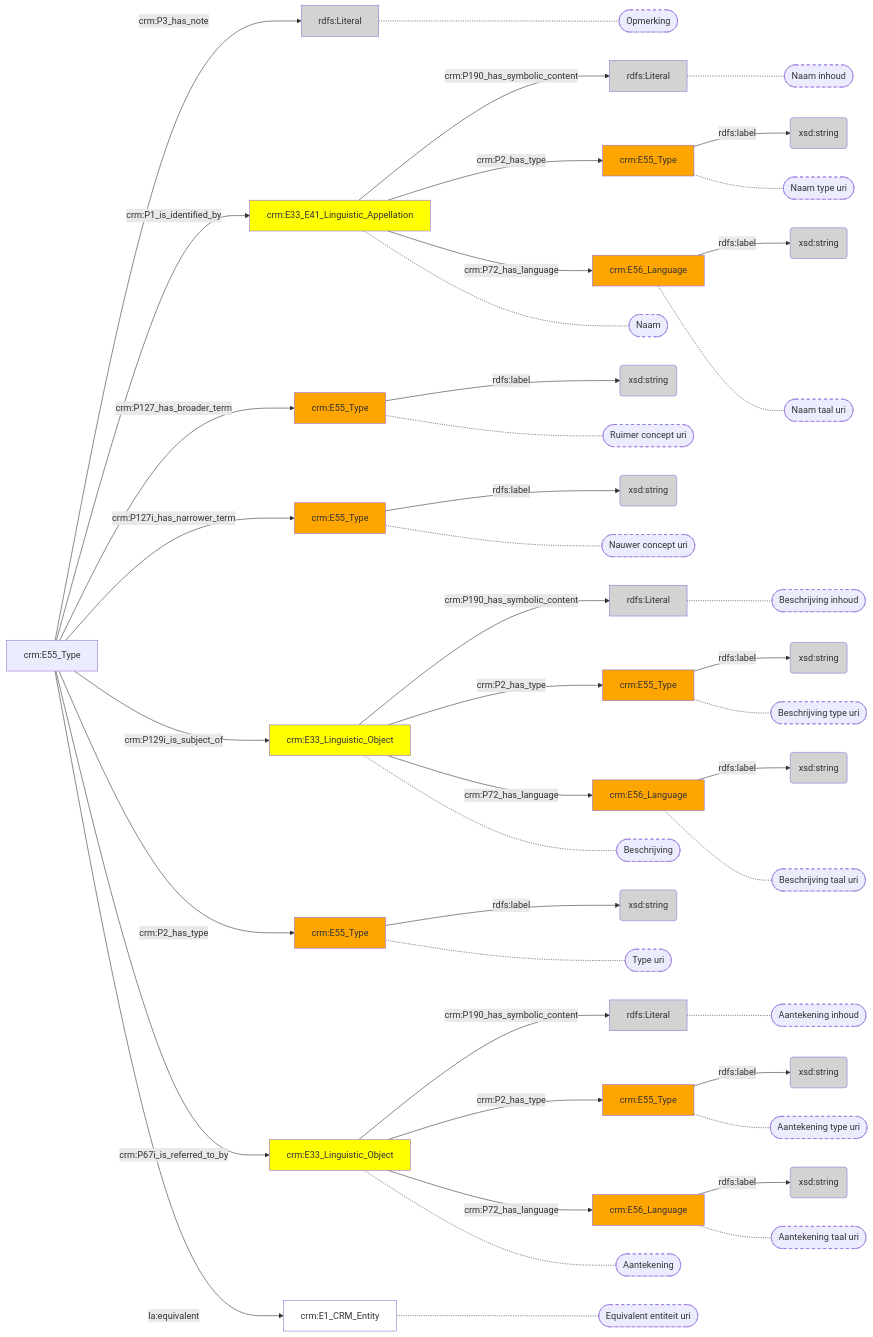
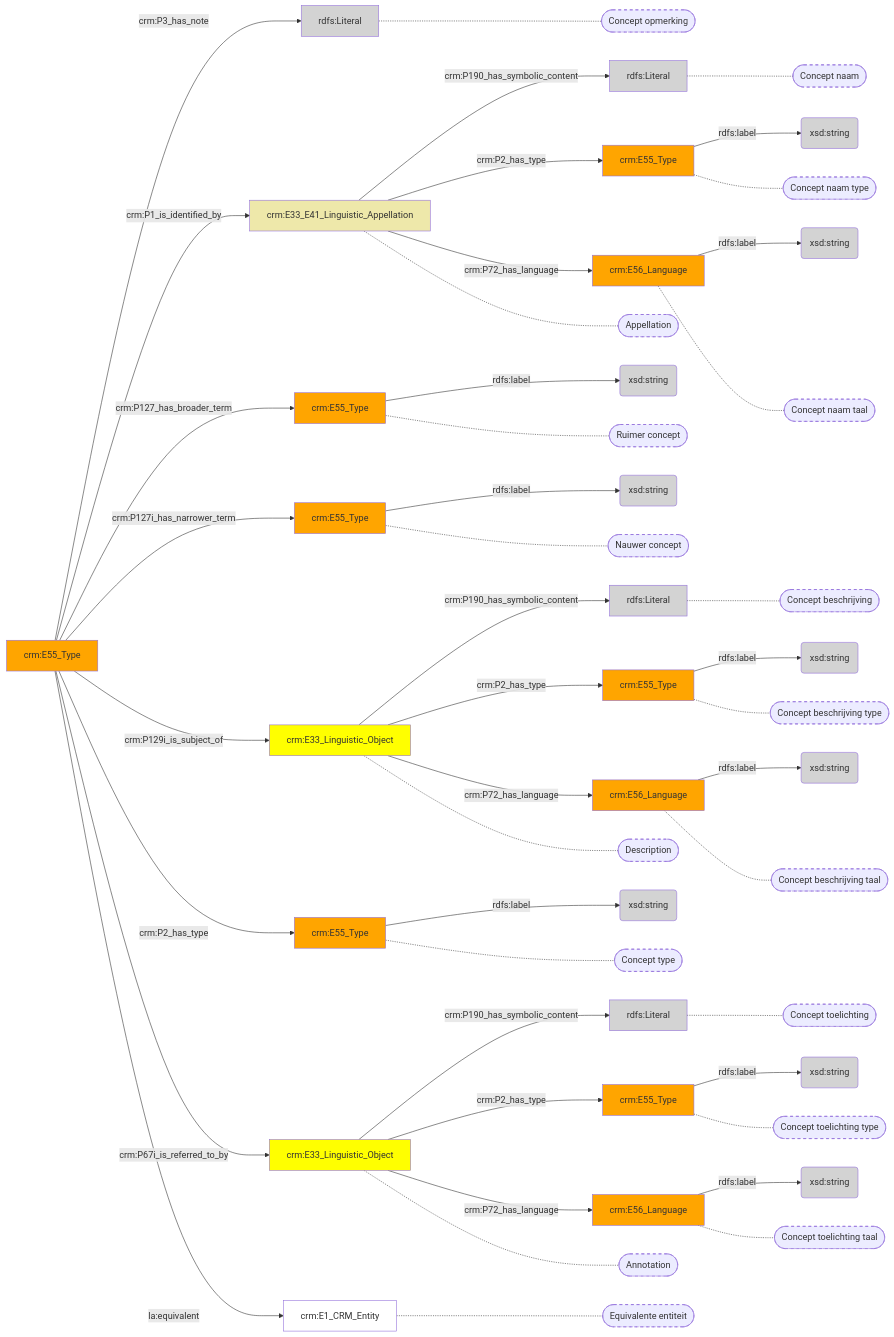
The diagram in docs/content/modellen/Concept.md (digipolisantwerpdocumentation/antwerp-cultureel-erfgoed), drawn with Mermaid before and after one commit. The commit also changed 173 other files, not shown here.

```diff
--- a/docs/content/modellen/Concept.md
+++ b/docs/content/modellen/Concept.md
@@ -43,23 +43,23 @@
 style 856afd7a-c7e5-11ed-af84-00163e71351b_s stroke-dasharray: 5
 style 856afc12-c7e5-11ed-af84-00163e71351b_s stroke-dasharray: 5
 style 856afa78-c7e5-11ed-af84-00163e71351b_s stroke-dasharray: 5
-184cc21a-ee3b-11ed-9064-00163e71351b["rdfs:Literal"]-.-184cc21a-ee3b-11ed-9064-00163e71351b_s(["Aantekening inhoud"])
-184cbee6-ee3b-11ed-9064-00163e71351b["crm:E55_Type"]-.-184cbee6-ee3b-11ed-9064-00163e71351b_s(["Aantekening type uri"])
-184cc09e-ee3b-11ed-9064-00163e71351b["crm:E56_Language"]-.-184cc09e-ee3b-11ed-9064-00163e71351b_s(["Aantekening taal uri"])
-1dbc9e78-ee3b-11ed-9064-00163e71351b["rdfs:Literal"]-.-1dbc9e78-ee3b-11ed-9064-00163e71351b_s(["Beschrijving inhoud"])
-1dbca198-ee3b-11ed-9064-00163e71351b["crm:E55_Type"]-.-1dbca198-ee3b-11ed-9064-00163e71351b_s(["Beschrijving type uri"])
-1dbca44a-ee3b-11ed-9064-00163e71351b["crm:E56_Language"]-.-1dbca44a-ee3b-11ed-9064-00163e71351b_s(["Beschrijving taal uri"])
-856af5be-c7e5-11ed-af84-00163e71351b["crm:E33_E41_Linguistic_Appellation"]-.-856af5be-c7e5-11ed-af84-00163e71351b_s(["Naam"])
-7440d92c-ce3c-11ed-9232-00163e71351b["crm:E55_Type"]-.-7440d92c-ce3c-11ed-9232-00163e71351b_s(["Ruimer concept uri"])
-94da4416-ce3c-11ed-a1e6-00163e71351b["crm:E55_Type"]-.-94da4416-ce3c-11ed-a1e6-00163e71351b_s(["Nauwer concept uri"])
-1dbc99aa-ee3b-11ed-9064-00163e71351b["crm:E33_Linguistic_Object"]-.-1dbc99aa-ee3b-11ed-9064-00163e71351b_s(["Beschrijving"])
-a25ea6ca-c7e5-11ed-bbe2-00163e71351b["crm:E55_Type"]-.-a25ea6ca-c7e5-11ed-bbe2-00163e71351b_s(["Type uri"])
-0a3486e0-ce3d-11ed-9232-00163e71351b["rdfs:Literal"]-.-0a3486e0-ce3d-11ed-9232-00163e71351b_s(["Opmerking"])
-184cba22-ee3b-11ed-9064-00163e71351b["crm:E33_Linguistic_Object"]-.-184cba22-ee3b-11ed-9064-00163e71351b_s(["Aantekening"])
-bfc145d8-c7e5-11ed-873b-00163e71351b["crm:E1_CRM_Entity"]-.-bfc145d8-c7e5-11ed-873b-00163e71351b_s(["Equivalent entiteit uri"])
-856afd7a-c7e5-11ed-af84-00163e71351b["rdfs:Literal"]-.-856afd7a-c7e5-11ed-af84-00163e71351b_s(["Naam inhoud"])
-856afc12-c7e5-11ed-af84-00163e71351b["crm:E55_Type"]-.-856afc12-c7e5-11ed-af84-00163e71351b_s(["Naam type uri"])
-856afa78-c7e5-11ed-af84-00163e71351b["crm:E56_Language"]-.-856afa78-c7e5-11ed-af84-00163e71351b_s(["Naam taal uri"])
+184cc21a-ee3b-11ed-9064-00163e71351b["rdfs:Literal"]-.-184cc21a-ee3b-11ed-9064-00163e71351b_s(["Concept toelichting"])
+184cbee6-ee3b-11ed-9064-00163e71351b["crm:E55_Type"]-.-184cbee6-ee3b-11ed-9064-00163e71351b_s(["Concept toelichting type"])
+184cc09e-ee3b-11ed-9064-00163e71351b["crm:E56_Language"]-.-184cc09e-ee3b-11ed-9064-00163e71351b_s(["Concept toelichting taal"])
+1dbc9e78-ee3b-11ed-9064-00163e71351b["rdfs:Literal"]-.-1dbc9e78-ee3b-11ed-9064-00163e71351b_s(["Concept beschrijving"])
+1dbca198-ee3b-11ed-9064-00163e71351b["crm:E55_Type"]-.-1dbca198-ee3b-11ed-9064-00163e71351b_s(["Concept beschrijving type"])
+1dbca44a-ee3b-11ed-9064-00163e71351b["crm:E56_Language"]-.-1dbca44a-ee3b-11ed-9064-00163e71351b_s(["Concept beschrijving taal"])
+856af5be-c7e5-11ed-af84-00163e71351b["crm:E33_E41_Linguistic_Appellation"]-.-856af5be-c7e5-11ed-af84-00163e71351b_s(["Appellation"])
+7440d92c-ce3c-11ed-9232-00163e71351b["crm:E55_Type"]-.-7440d92c-ce3c-11ed-9232-00163e71351b_s(["Ruimer concept"])
+94da4416-ce3c-11ed-a1e6-00163e71351b["crm:E55_Type"]-.-94da4416-ce3c-11ed-a1e6-00163e71351b_s(["Nauwer concept"])
+1dbc99aa-ee3b-11ed-9064-00163e71351b["crm:E33_Linguistic_Object"]-.-1dbc99aa-ee3b-11ed-9064-00163e71351b_s(["Description"])
+a25ea6ca-c7e5-11ed-bbe2-00163e71351b["crm:E55_Type"]-.-a25ea6ca-c7e5-11ed-bbe2-00163e71351b_s(["Concept type"])
+0a3486e0-ce3d-11ed-9232-00163e71351b["rdfs:Literal"]-.-0a3486e0-ce3d-11ed-9232-00163e71351b_s(["Concept opmerking"])
+184cba22-ee3b-11ed-9064-00163e71351b["crm:E33_Linguistic_Object"]-.-184cba22-ee3b-11ed-9064-00163e71351b_s(["Annotation"])
+bfc145d8-c7e5-11ed-873b-00163e71351b["crm:E1_CRM_Entity"]-.-bfc145d8-c7e5-11ed-873b-00163e71351b_s(["Equivalente entiteit"])
+856afd7a-c7e5-11ed-af84-00163e71351b["rdfs:Literal"]-.-856afd7a-c7e5-11ed-af84-00163e71351b_s(["Concept naam"])
+856afc12-c7e5-11ed-af84-00163e71351b["crm:E55_Type"]-.-856afc12-c7e5-11ed-af84-00163e71351b_s(["Concept naam type"])
+856afa78-c7e5-11ed-af84-00163e71351b["crm:E56_Language"]-.-856afa78-c7e5-11ed-af84-00163e71351b_s(["Concept naam taal"])
 style 0a3486e0-ce3d-11ed-9232-00163e71351b fill:#D3D3D3
 style 184cba22-ee3b-11ed-9064-00163e71351b fill:#ffff00
 style 184cbee6-ee3b-11ed-9064-00163e71351b fill:#ffa500
@@ -73,8 +73,9 @@
 style 1dbca198-ee3b-11ed-9064-00163e71351b fill:#ffa500
 style 1dbca2f6-ee3b-11ed-9064-00163e71351b fill:#D3D3D3
 style 1dbca44a-ee3b-11ed-9064-00163e71351b fill:#ffa500
+style 5c49f282-be8c-11ed-beba-96a6d245525a fill:#ffa500
 style 7440d92c-ce3c-11ed-9232-00163e71351b fill:#ffa500
-style 856af5be-c7e5-11ed-af84-00163e71351b fill:#ffff00
+style 856af5be-c7e5-11ed-af84-00163e71351b fill:#EEE8AA
 style 856afa78-c7e5-11ed-af84-00163e71351b fill:#ffa500
 style 856afc12-c7e5-11ed-af84-00163e71351b fill:#ffa500
 style 856afd7a-c7e5-11ed-af84-00163e71351b fill:#D3D3D3
```
